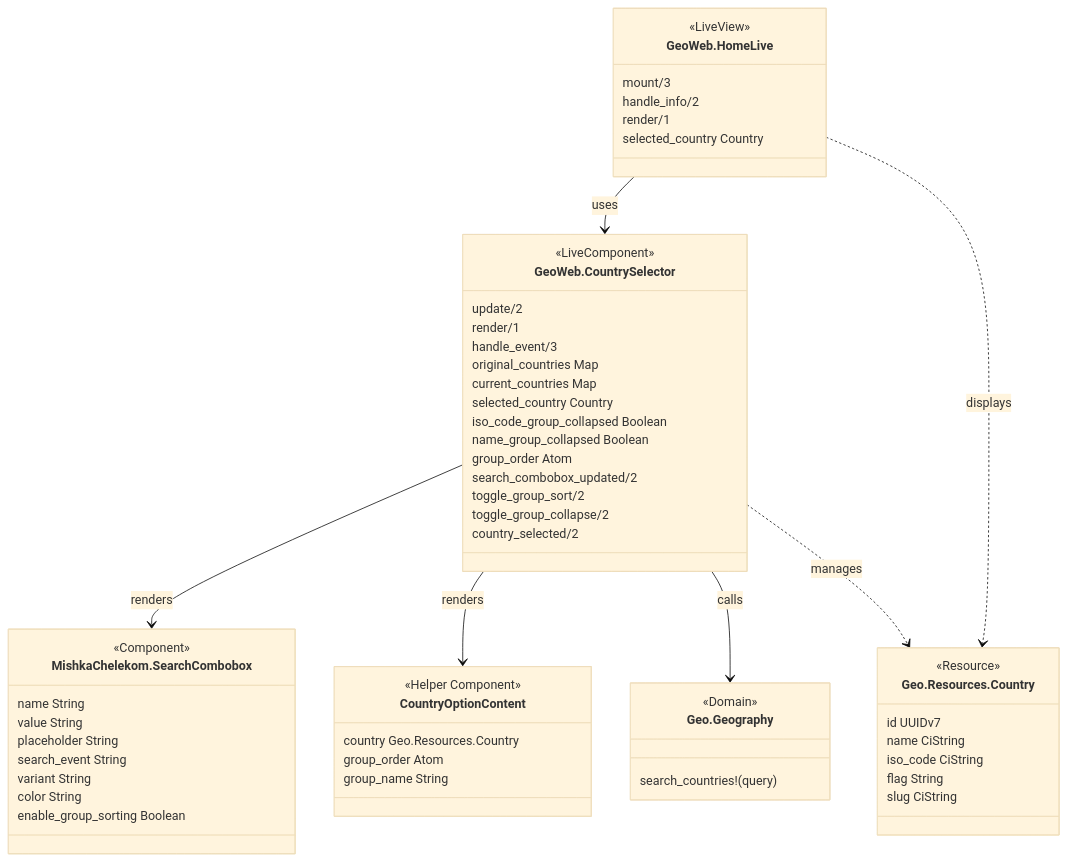
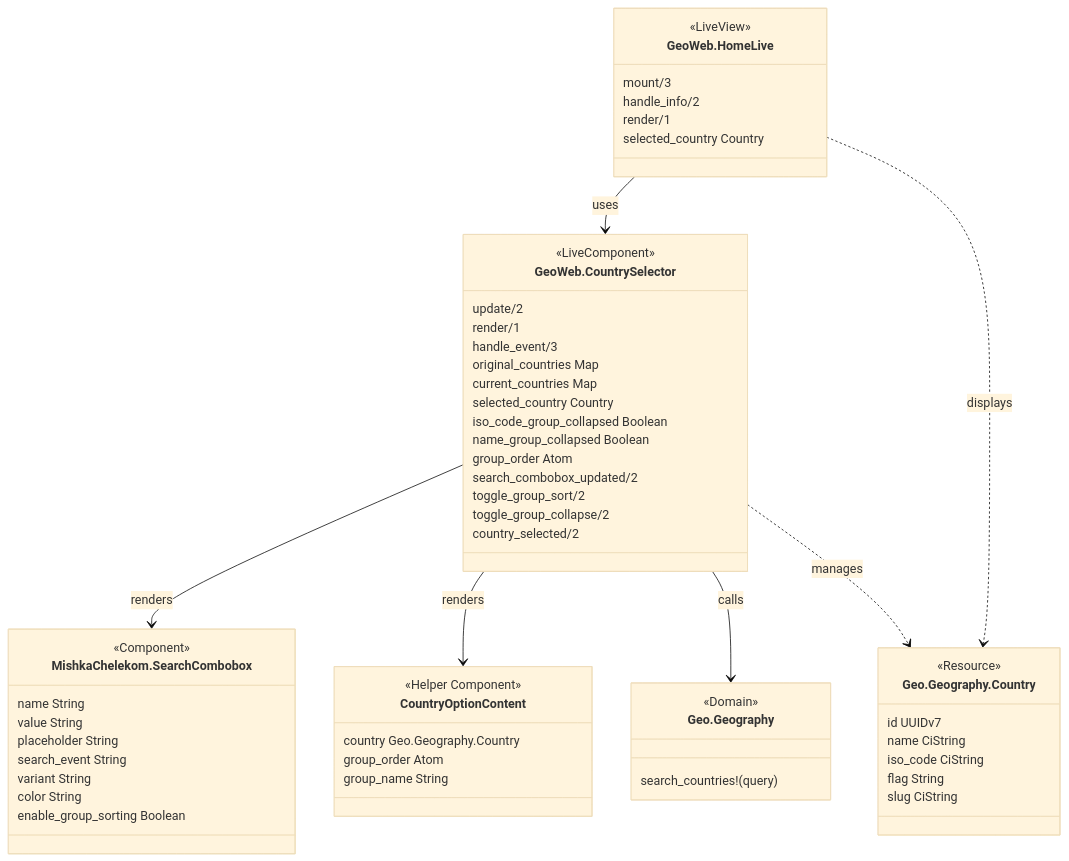
The third of 6 diagrams in README.md (dev-guy/geo), drawn with Mermaid (base theme) before and after one commit. The commit also changed other lines of this file and 10 other files, not shown here.

````diff
--- a/README.md
+++ b/README.md
@@ -299,66 +299,66 @@
 ```mermaid
 classDiagram
     class GeoWeb.HomeLive {
         <<LiveView>>
         mount/3
         handle_info/2
         render/1
         selected_country Country
     }
     
     class GeoWeb.CountrySelector {
         <<LiveComponent>>
         update/2
         render/1
         handle_event/3
         original_countries Map
         current_countries Map
         selected_country Country
         iso_code_group_collapsed Boolean
         name_group_collapsed Boolean
         group_order Atom
         search_combobox_updated/2
         toggle_group_sort/2
         toggle_group_collapse/2
         country_selected/2
     }
     
     class MishkaChelekom.SearchCombobox {
         <<Component>>
         name String
         value String
         placeholder String
         search_event String
         variant String
         color String
         enable_group_sorting Boolean
     }
     
     class CountryOptionContent {
         <<Helper Component>>
-        country Geo.Resources.Country
+        country Geo.Geography.Country
         group_order Atom
         group_name String
     }
     
     class Geo.Geography {
         <<Domain>>
         search_countries!(query)
     }
     
-    class Geo.Resources.Country {
+    class Geo.Geography.Country {
         <<Resource>>
         id UUIDv7
         name CiString
         iso_code CiString
         flag String
         slug CiString
     }
     
     GeoWeb.HomeLive --> GeoWeb.CountrySelector : uses
     GeoWeb.CountrySelector --> MishkaChelekom.SearchCombobox : renders
     GeoWeb.CountrySelector --> CountryOptionContent : renders
     GeoWeb.CountrySelector --> Geo.Geography : calls
-    GeoWeb.HomeLive ..> Geo.Resources.Country : displays
-    GeoWeb.CountrySelector ..> Geo.Resources.Country : manages
+    GeoWeb.HomeLive ..> Geo.Geography.Country : displays
+    GeoWeb.CountrySelector ..> Geo.Geography.Country : manages
 ```
````
